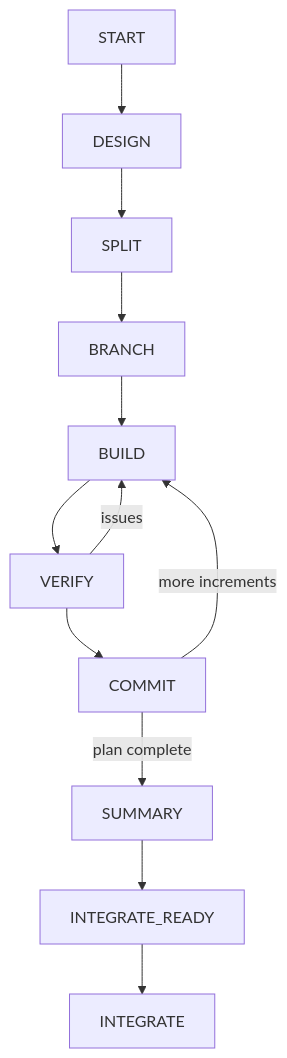
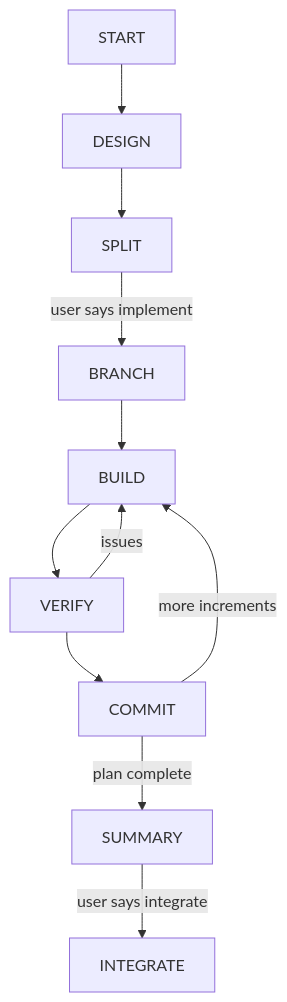
One commit to an-dr/agents changed the first of 3 diagrams in README.md. Above: the diagram before and after it, drawn with Mermaid. The commit also changed other lines of this file and 7 other files, not shown here.

First line of the commit message:
feat(workflow): gate the flow on implement and integrate

````diff
--- a/README.md
+++ b/README.md
@@ -11,7 +11,9 @@
 ```mermaid
 flowchart TD
-START --> DESIGN --> SPLIT --> BRANCH --> BUILD --> VERIFY --> COMMIT
+START --> DESIGN --> SPLIT
+SPLIT -->|user says implement| BRANCH --> BUILD --> VERIFY --> COMMIT
 VERIFY -->|issues| BUILD
 COMMIT -->|more increments| BUILD
-COMMIT -->|plan complete| SUMMARY --> INTEGRATE_READY --> INTEGRATE
+COMMIT -->|plan complete| SUMMARY
+SUMMARY -->|user says integrate| INTEGRATE
 ```
````
